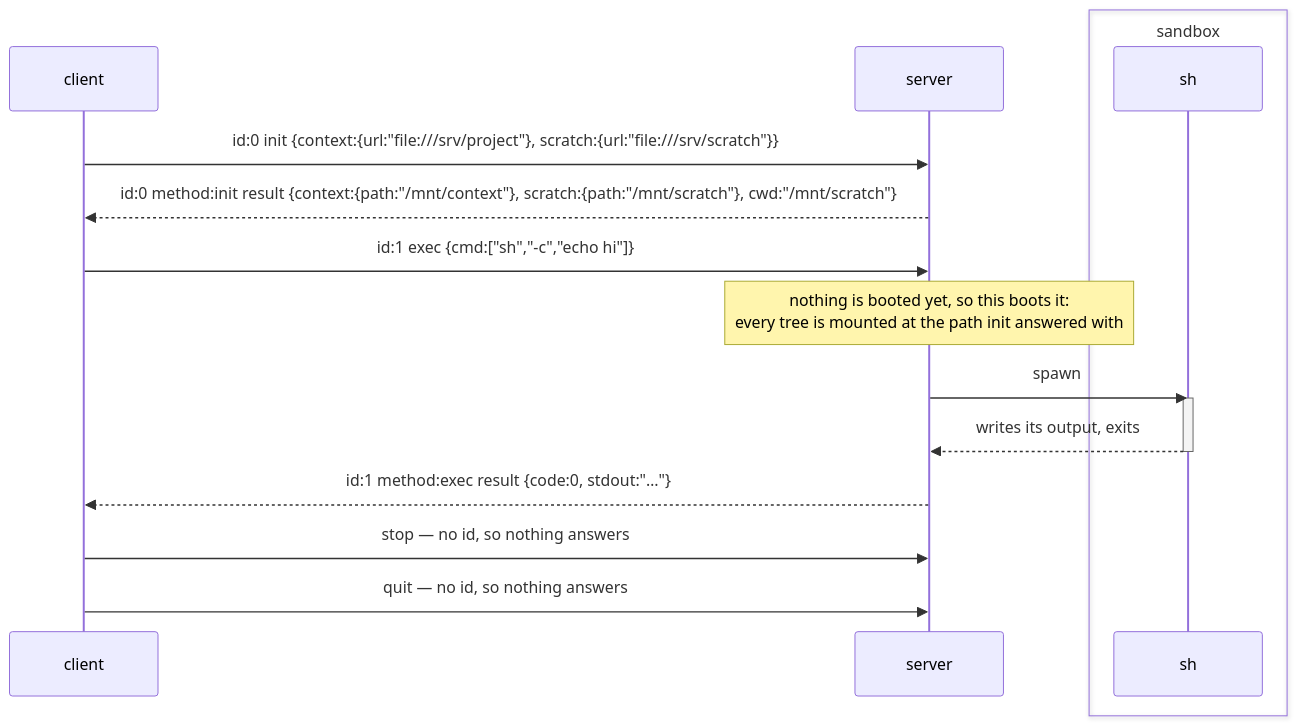
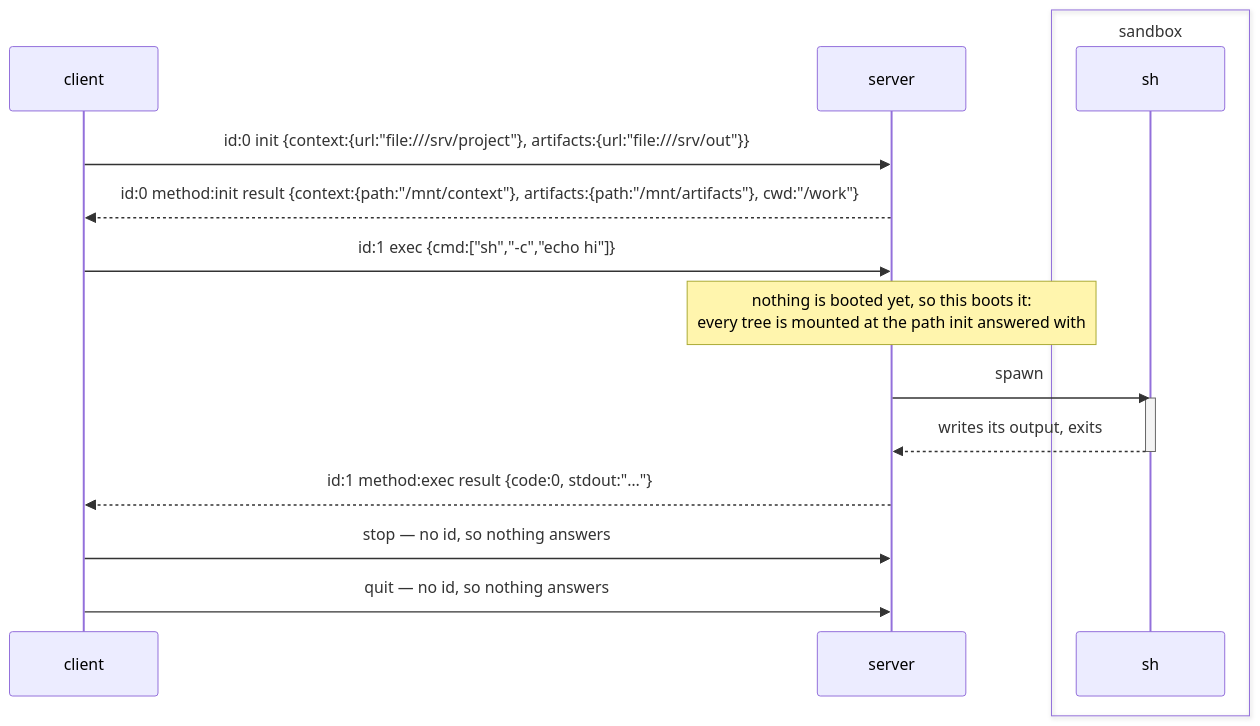
The first of 2 diagrams in cortex/src/console/ARCHITECTURE.md (brekkylab/cortex), drawn with Mermaid before and after one commit. The commit also changed other lines of this file and 13 other files, not shown here.

````diff
--- a/cortex/src/console/ARCHITECTURE.md
+++ b/cortex/src/console/ARCHITECTURE.md
@@ -470,22 +472,22 @@
 ```mermaid
 sequenceDiagram
     participant client
     participant server
     box transparent sandbox
         participant sh
     end
 
-    client->>server: id:0 init {context:{url:"file:///srv/project"}, scratch:{url:"file:///srv/scratch"}}
-    server-->>client: id:0 method:init result {context:{path:"/mnt/context"}, scratch:{path:"/mnt/scratch"}, cwd:"/mnt/scratch"}
+    client->>server: id:0 init {context:{url:"file:///srv/project"}, artifacts:{url:"file:///srv/out"}}
+    server-->>client: id:0 method:init result {context:{path:"/mnt/context"}, artifacts:{path:"/mnt/artifacts"}, cwd:"/work"}
 
     client->>server: id:1 exec {cmd:["sh","-c","echo hi"]}
     Note over server: nothing is booted yet, so this boots it:<br/>every tree is mounted at the path init answered with
     server->>sh: spawn
     activate sh
     sh-->>server: writes its output, exits
     deactivate sh
     server-->>client: id:1 method:exec result {code:0, stdout:"…"}
 
     client->>server: stop — no id, so nothing answers
     client->>server: quit — no id, so nothing answers
 ```
````
